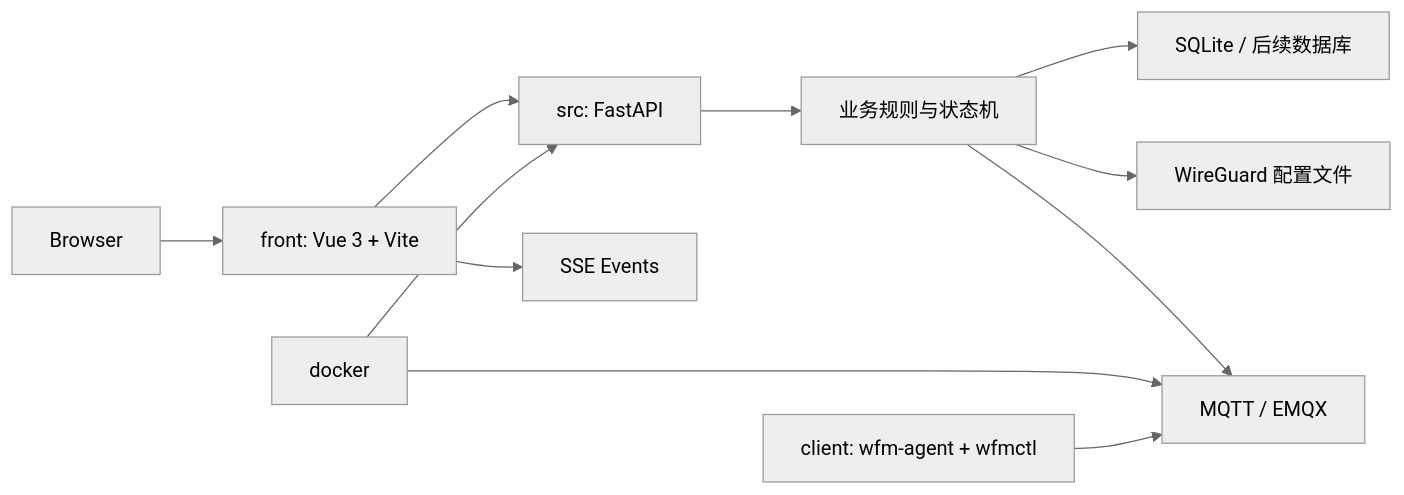
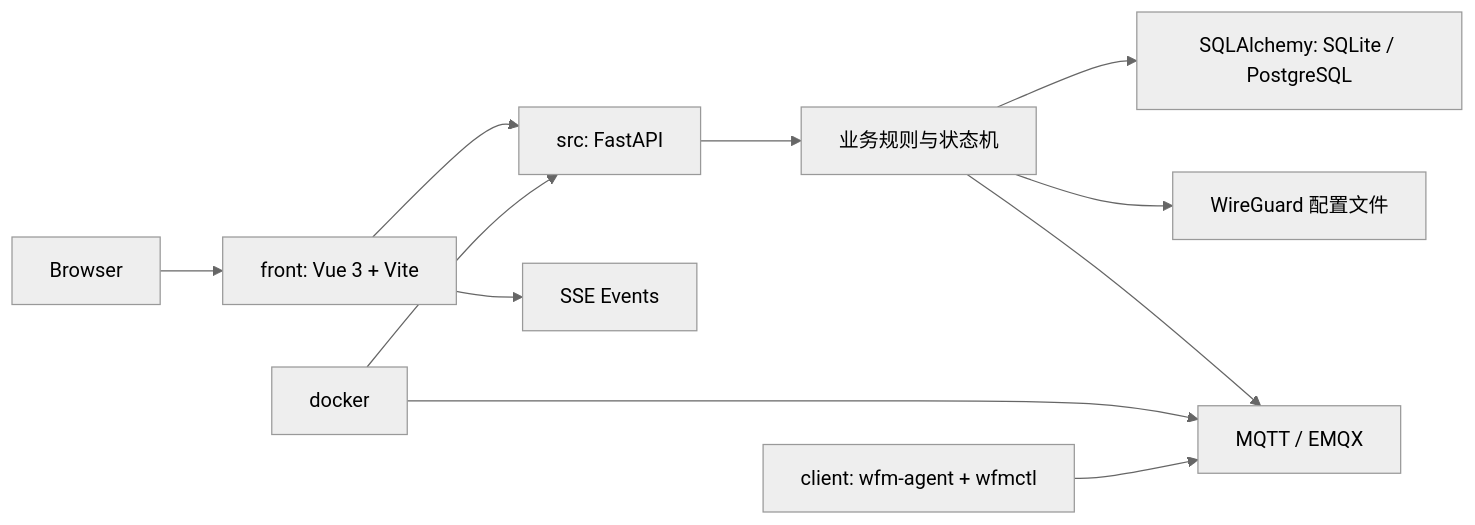
Before and after one commit to xinghenLuyus/wg-free-mesh: the diagram in docs/总体架构.md, drawn with Mermaid (neutral theme). The commit also changed other lines of this file and 81 other files, not shown here.

````diff
--- a/docs/总体架构.md
+++ b/docs/总体架构.md
@@ -7,13 +7,13 @@
 ```mermaid
 flowchart LR
   Browser["Browser"] --> Front["front: Vue 3 + Vite"]
   Front --> API["src: FastAPI"]
   Front --> SSE["SSE Events"]
   API --> Domain["业务规则与状态机"]
-  Domain --> DB["SQLite / 后续数据库"]
+  Domain --> DB["SQLAlchemy: SQLite / PostgreSQL"]
   Domain --> Files["WireGuard 配置文件"]
   Domain --> MQTT["MQTT / EMQX"]
   Docker["docker"] --> API
   Docker --> MQTT
   Client["client: wfm-agent + wfmctl"] --> MQTT
 ```
````
